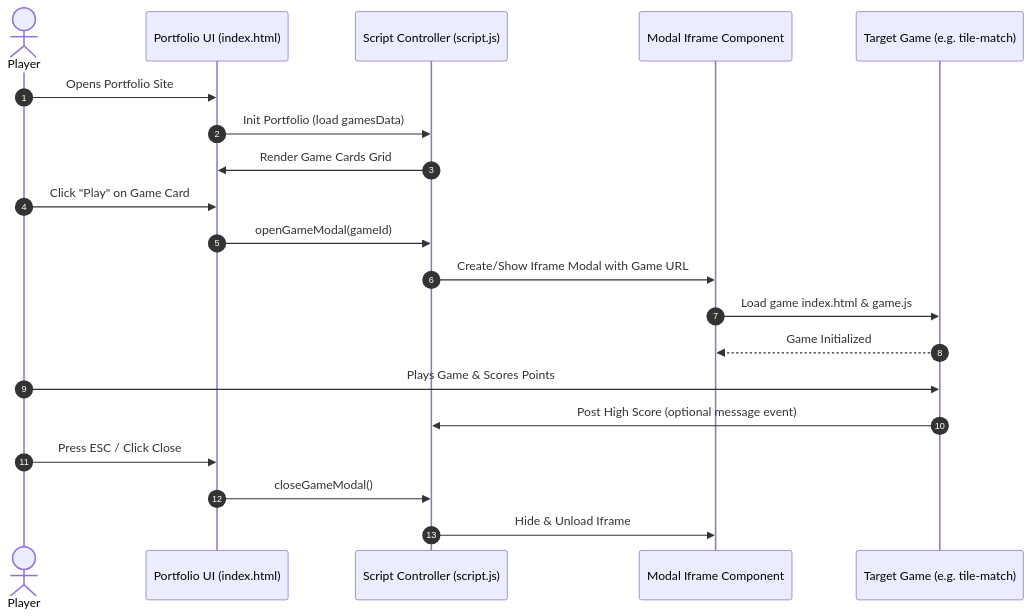
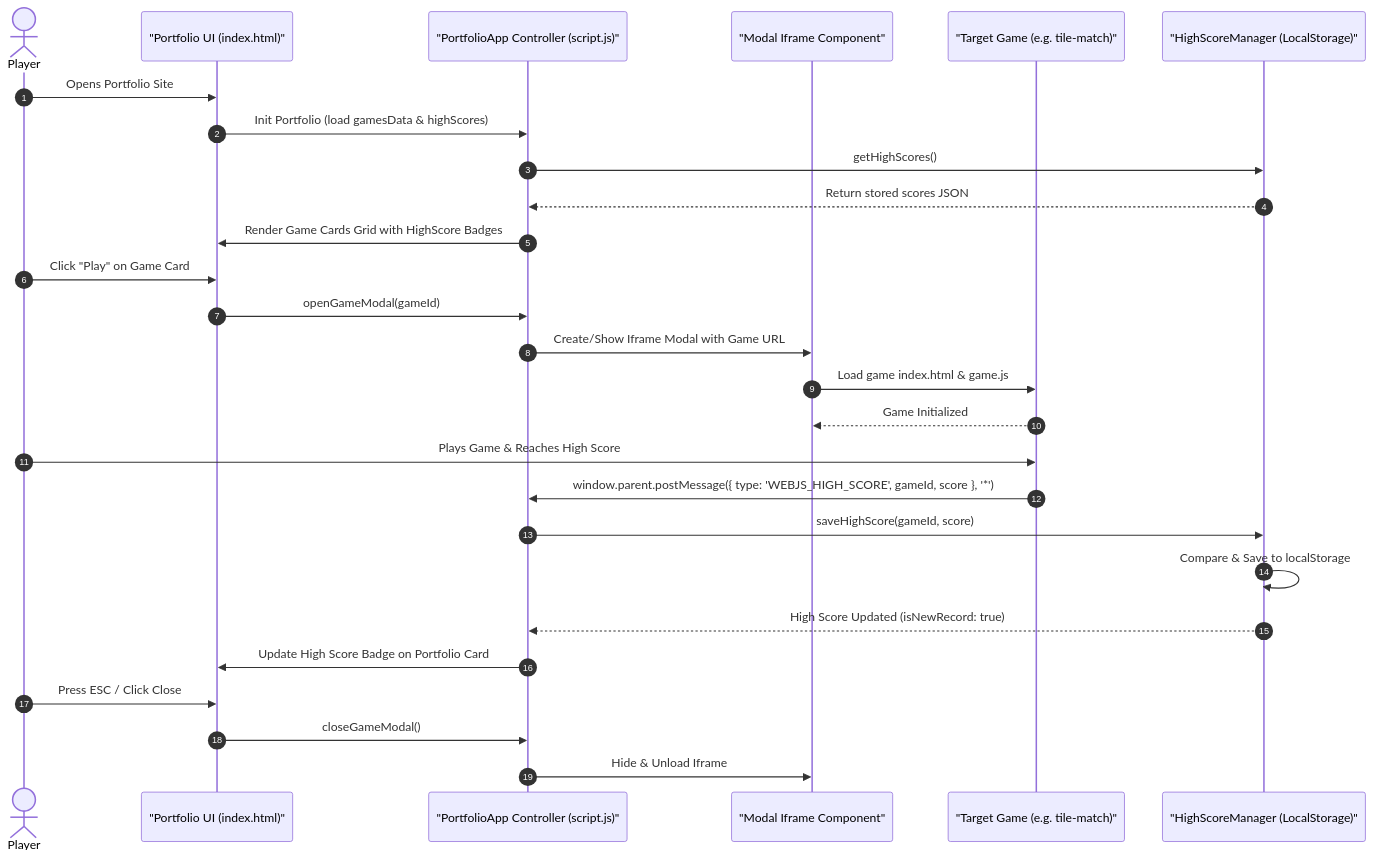
Before and after one commit to nopponaim603/webJS: the first of 2 diagrams in docs/software/02-class-diagram.md, drawn with Mermaid. The commit also changed other lines of this file and 41 other files, not shown here.

````diff
--- a/docs/software/02-class-diagram.md
+++ b/docs/software/02-class-diagram.md
@@ -9,25 +9,33 @@
 ```mermaid
 sequenceDiagram
     autonumber
     actor Player
-    participant UI as Portfolio UI (index.html)
-    participant JS as Script Controller (script.js)
-    participant Modal as Modal Iframe Component
-    participant Game as Target Game (e.g. tile-match)
+    participant UI as "Portfolio UI (index.html)"
+    participant JS as "PortfolioApp Controller (script.js)"
+    participant Modal as "Modal Iframe Component"
+    participant Game as "Target Game (e.g. tile-match)"
+    participant Storage as "HighScoreManager (LocalStorage)"
 
     Player->>UI: Opens Portfolio Site
-    UI->>JS: Init Portfolio (load gamesData)
-    JS->>UI: Render Game Cards Grid
+    UI->>JS: Init Portfolio (load gamesData & highScores)
+    JS->>Storage: getHighScores()
+    Storage-->>JS: Return stored scores JSON
+    JS->>UI: Render Game Cards Grid with HighScore Badges
     
     Player->>UI: Click "Play" on Game Card
     UI->>JS: openGameModal(gameId)
     JS->>Modal: Create/Show Iframe Modal with Game URL
     Modal->>Game: Load game index.html & game.js
     Game-->>Modal: Game Initialized
     
-    Player->>Game: Plays Game & Scores Points
-    Game->>JS: Post High Score (optional message event)
+    Player->>Game: Plays Game & Reaches High Score
+    Game->>JS: window.parent.postMessage({ type: 'WEBJS_HIGH_SCORE', gameId, score }, '*')
+    JS->>Storage: saveHighScore(gameId, score)
+    Storage->>Storage: Compare & Save to localStorage
+    Storage-->>JS: High Score Updated (isNewRecord: true)
+    JS->>UI: Update High Score Badge on Portfolio Card
+    
     Player->>UI: Press ESC / Click Close
     UI->>JS: closeGameModal()
     JS->>Modal: Hide & Unload Iframe
 ```
````
